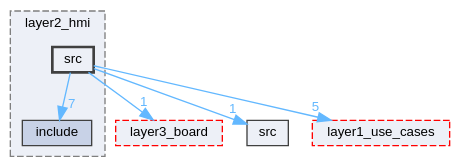
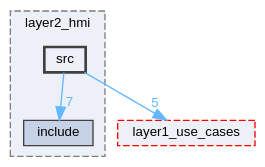
The diagram in feature/clean-structure-for-hmi-interaction/dir_9bd86a7a38936839c6e136efba5b5507_dep.dot (Task-Tracker-Systems/Task-Tracker-Device), drawn with Graphviz before and after one commit. The commit also changed 245 other files, not shown here.

```diff
--- a/feature/clean-structure-for-hmi-interaction/dir_9bd86a7a38936839c6e136efba5b5507_dep.dot
+++ b/feature/clean-structure-for-hmi-interaction/dir_9bd86a7a38936839c6e136efba5b5507_dep.dot
@@ -1,20 +1,16 @@
 digraph "lib/layer2_hmi/src"
 {
  // LATEX_PDF_SIZE
   bgcolor="transparent";
   edge [fontname=Helvetica,fontsize=10,labelfontname=Helvetica,labelfontsize=10];
   node [fontname=Helvetica,fontsize=10,shape=box,height=0.2,width=0.4];
   compound=true
   subgraph clusterdir_a647c64d7ac458a08d86dd39ddd46fd3 {
     graph [ bgcolor="#edf0f7", pencolor="grey50", label="layer2_hmi", fontname=Helvetica,fontsize=10 style="filled,dashed", URL="dir_a647c64d7ac458a08d86dd39ddd46fd3.xhtml",tooltip=""]
   dir_5cc884592035fcf1f8f92921114afb76 [label="include", fillcolor="#c8d2e7", color="grey25", style="filled", URL="dir_5cc884592035fcf1f8f92921114afb76.xhtml",tooltip=""];
   dir_9bd86a7a38936839c6e136efba5b5507 [label="src", fillcolor="#edf0f7", color="grey25", style="filled,bold", URL="dir_9bd86a7a38936839c6e136efba5b5507.xhtml",tooltip=""];
   }
-  dir_5c46fa0267ad0d15fb3a57afaaf550a7 [label="layer3_board", fillcolor="#edf0f7", color="red", style="filled,dashed", URL="dir_5c46fa0267ad0d15fb3a57afaaf550a7.xhtml",tooltip="board abstraction layer"];
-  dir_68267d1309a1af8e8297ef4c3efbcdba [label="src", fillcolor="#edf0f7", color="grey25", style="filled", URL="dir_68267d1309a1af8e8297ef4c3efbcdba.xhtml",tooltip=""];
   dir_bc8d9efccb68c9442e5dc466270ac2ea [label="layer1_use_cases", fillcolor="#edf0f7", color="red", style="filled,dashed", URL="dir_bc8d9efccb68c9442e5dc466270ac2ea.xhtml",tooltip=""];
-  dir_9bd86a7a38936839c6e136efba5b5507->dir_5c46fa0267ad0d15fb3a57afaaf550a7 [headlabel="1", labeldistance=1.5 headhref="dir_000010_000006.xhtml" href="dir_000010_000006.xhtml" color="steelblue1" fontcolor="steelblue1"];
   dir_9bd86a7a38936839c6e136efba5b5507->dir_5cc884592035fcf1f8f92921114afb76 [headlabel="7", labeldistance=1.5 headhref="dir_000010_000002.xhtml" href="dir_000010_000002.xhtml" color="steelblue1" fontcolor="steelblue1"];
-  dir_9bd86a7a38936839c6e136efba5b5507->dir_68267d1309a1af8e8297ef4c3efbcdba [headlabel="1", labeldistance=1.5 headhref="dir_000010_000013.xhtml" href="dir_000010_000013.xhtml" color="steelblue1" fontcolor="steelblue1"];
   dir_9bd86a7a38936839c6e136efba5b5507->dir_bc8d9efccb68c9442e5dc466270ac2ea [headlabel="5", labeldistance=1.5 headhref="dir_000010_000004.xhtml" href="dir_000010_000004.xhtml" color="steelblue1" fontcolor="steelblue1"];
 }
```
